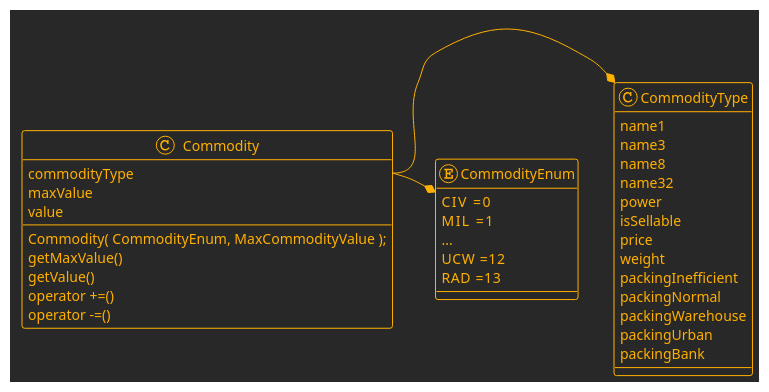
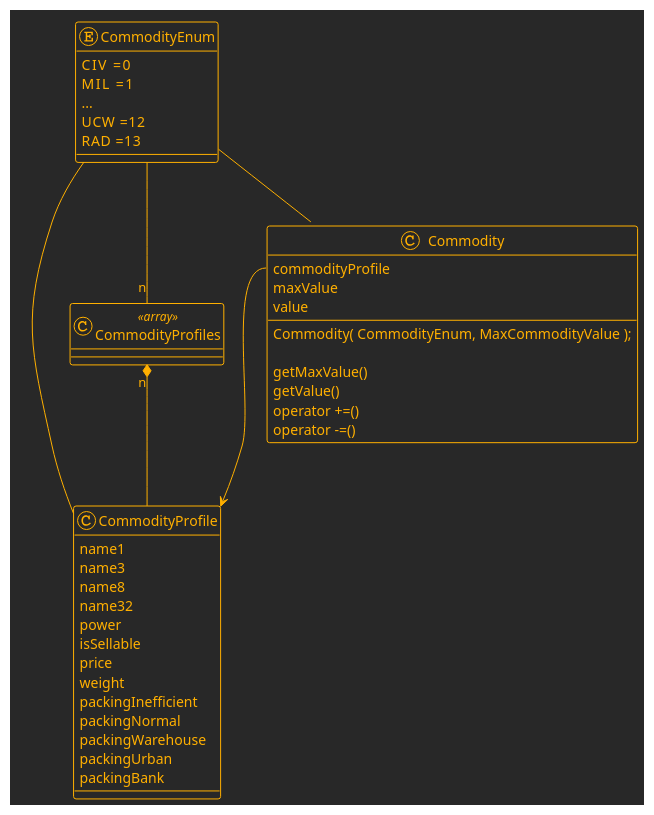
One commit to marknelsonengineer/empire changed the third of 5 diagrams in API_DESIGN.md. Above: the diagram before and after it, drawn with PlantUML. The commit also changed other lines of this file and 1 other file, not shown here.

```diff
--- a/API_DESIGN.md
+++ b/API_DESIGN.md
@@ -172,44 +173,49 @@
 @startuml
 !theme crt-amber
 
 enum CommodityEnum {
   CIV   =0
   MIL   =1
   ...
   UCW  =12
   RAD  =13
 }
 
-class CommodityType {
+class CommodityProfile {
   name1 
   name3
   name8
   name32
   power
   isSellable
   price
   weight
   packingInefficient
   packingNormal
   packingWarehouse
   packingUrban
   packingBank
 }
 
+class CommodityProfiles <<array>>
+
 class Commodity {
+  commodityProfile
+  maxValue
+  value
 
-commodityType
-maxValue
-value
+  Commodity( CommodityEnum, MaxCommodityValue );
 
-Commodity( CommodityEnum, MaxCommodityValue );
   getMaxValue()
   getValue()
   operator +=()
   operator -=()
 }
 
-Commodity::commodityType -right-* CommodityType
-Commodity::commodityType -right-* CommodityEnum
+Commodity::commodityProfile --> CommodityProfile
+CommodityEnum     --  Commodity
+CommodityEnum     --  CommodityProfile
+CommodityEnum     -- "n" CommodityProfiles
+CommodityProfiles "n" *-- CommodityProfile
 
 @enduml
```
